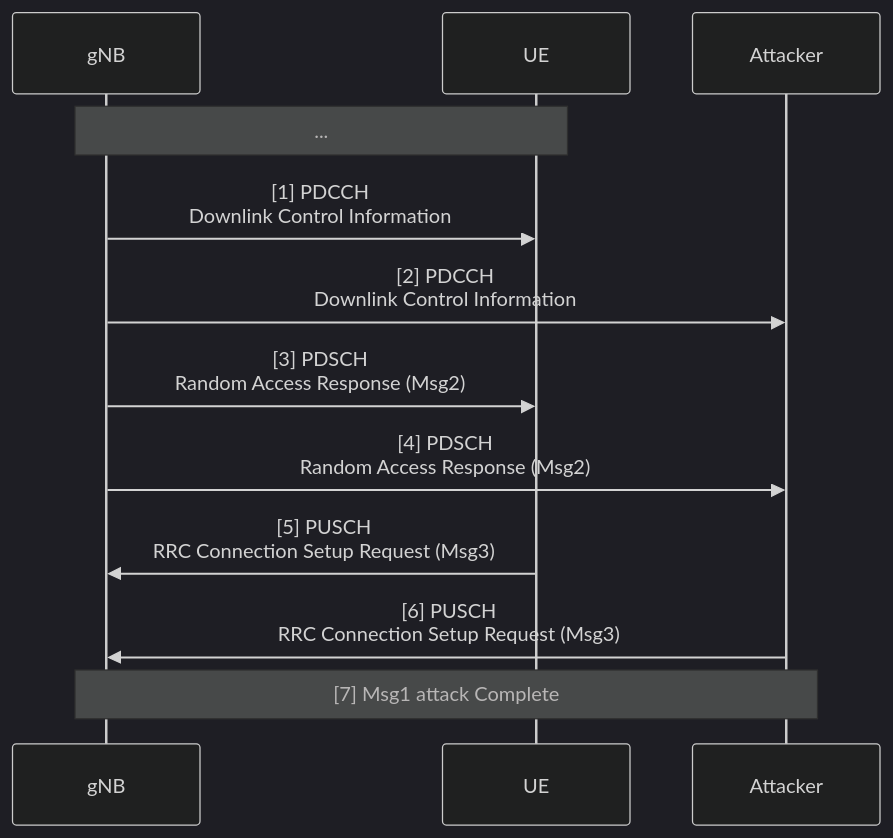
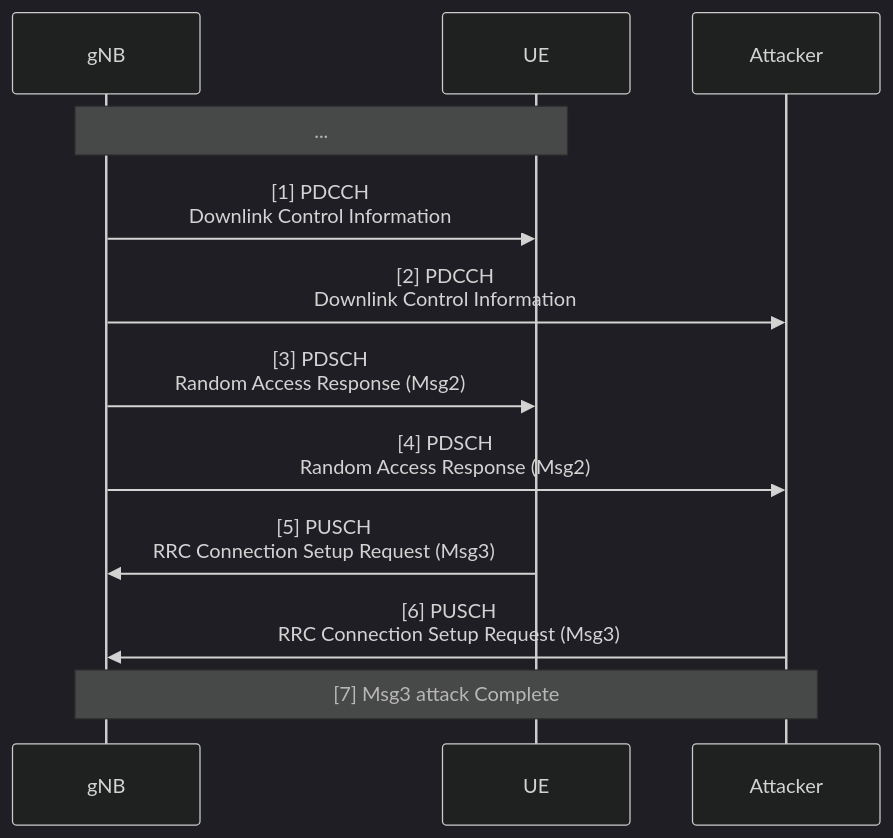
Before and after one commit to bmw-ece-ntust/wilfrid-prach-attack-analysis: the third of 3 diagrams in docs/20250307 Thesis (Random Access Procedure and Attack).md, drawn with Mermaid (dark theme).

Commit message:
Update 20250307 Thesis (Random Access Procedure and Attack).md

````diff
--- a/docs/20250307 Thesis (Random Access Procedure and Attack).md
+++ b/docs/20250307 Thesis (Random Access Procedure and Attack).md
@@ -86,11 +86,11 @@
 ```mermaid
 sequenceDiagram
     Note over gNB,UE: ...
     gNB->>UE: [1] PDCCH<br/>Downlink Control Information
     gNB->>Attacker: [2] PDCCH<br/>Downlink Control Information
     gNB->>UE: [3] PDSCH<br/>Random Access Response (Msg2)
     gNB->>Attacker: [4] PDSCH<br/>Random Access Response (Msg2)
     UE->>gNB: [5] PUSCH<br/>RRC Connection Setup Request (Msg3)
     Attacker->>gNB: [6] PUSCH<br/>RRC Connection Setup Request (Msg3)
-    Note over gNB,Attacker: [7] Msg1 attack Complete
+    Note over gNB,Attacker: [7] Msg3 attack Complete
 ```
````
